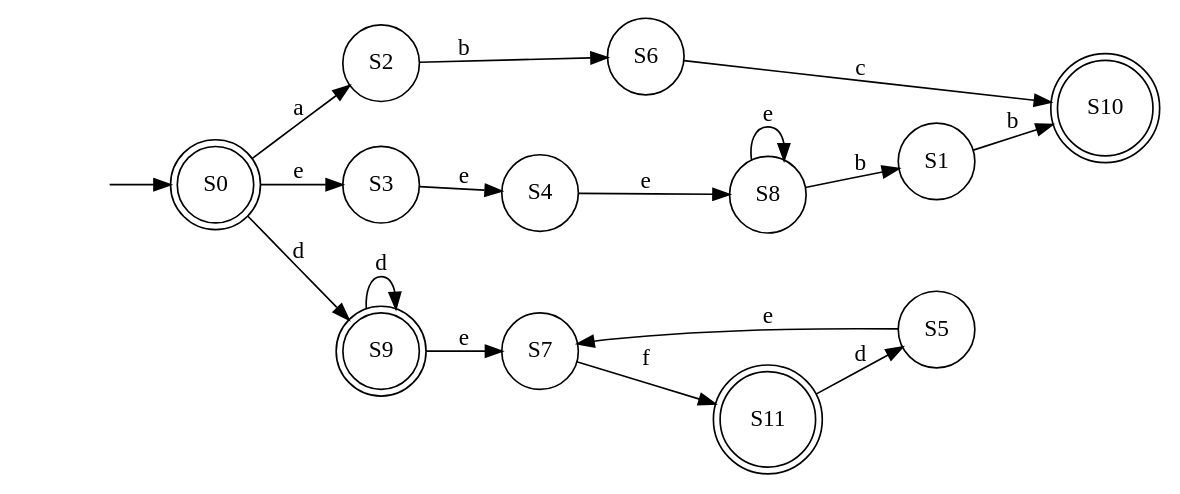
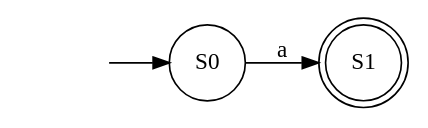
The diagram in lab2/dfa_m.dot (konstantin2506/automata_theory), drawn with Graphviz before and after one commit. The commit also changed 15 other files, not shown here.

```diff
--- a/lab2/dfa_m.dot
+++ b/lab2/dfa_m.dot
@@ -1,36 +1,12 @@
 digraph DFA {
     rankdir=LR;
 
     start [shape=none, label=""];
 
-    0 [label="S0", shape=doublecircle];
-    1 [label="S1", shape=circle];
-    2 [label="S2", shape=circle];
-    3 [label="S3", shape=circle];
-    4 [label="S4", shape=circle];
-    5 [label="S5", shape=circle];
-    6 [label="S6", shape=circle];
-    7 [label="S7", shape=circle];
-    8 [label="S8", shape=circle];
-    9 [label="S9", shape=doublecircle];
-    10 [label="S10", shape=doublecircle];
-    11 [label="S11", shape=doublecircle];
+    0 [label="S0", shape=circle];
+    1 [label="S1", shape=doublecircle];
 
     start -> 0;
 
-    0 -> 9 [label="d"];
-    0 -> 3 [label="e"];
-    0 -> 2 [label="a"];
-    1 -> 10 [label="b"];
-    2 -> 6 [label="b"];
-    3 -> 4 [label="e"];
-    4 -> 8 [label="e"];
-    5 -> 7 [label="e"];
-    6 -> 10 [label="c"];
-    7 -> 11 [label="f"];
-    8 -> 1 [label="b"];
-    8 -> 8 [label="e"];
-    9 -> 9 [label="d"];
-    9 -> 7 [label="e"];
-    11 -> 5 [label="d"];
+    0 -> 1 [label="a"];
 }
```
